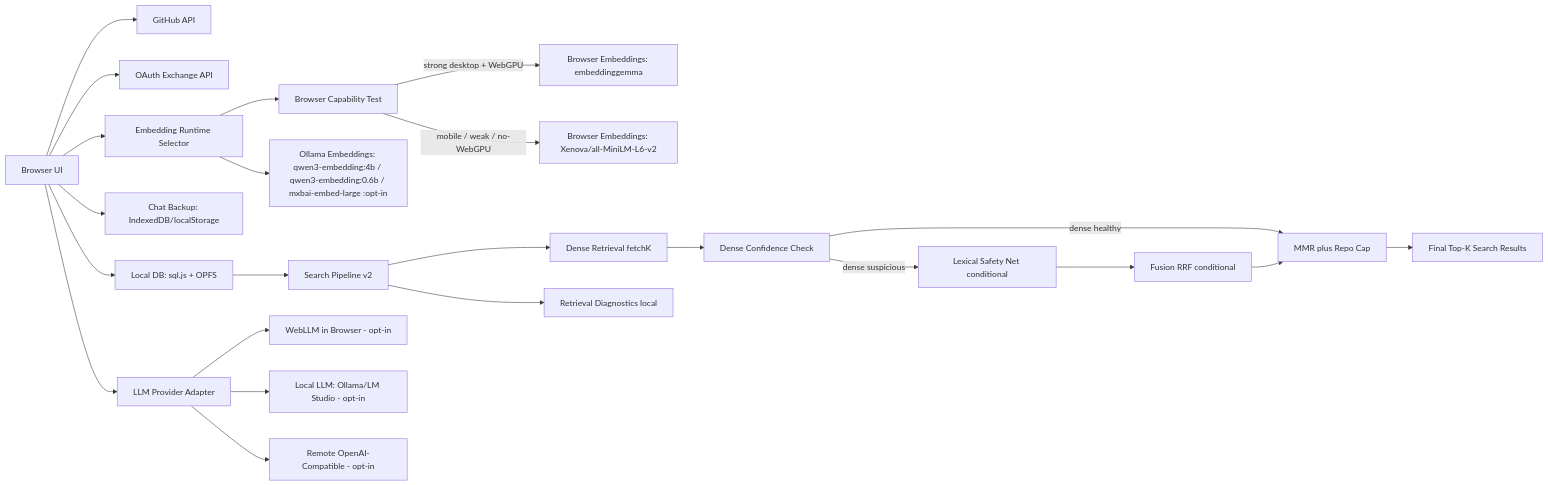
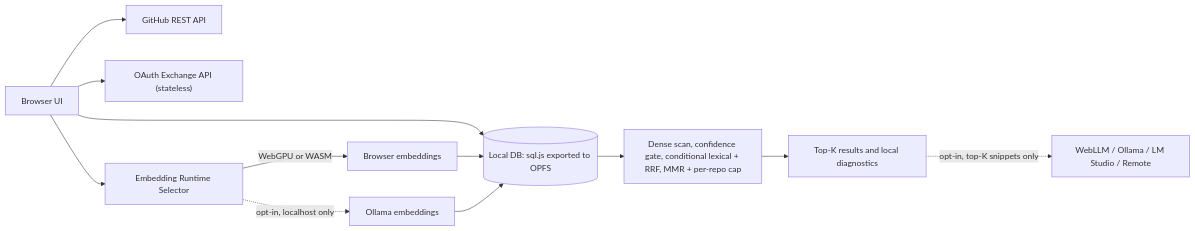
One commit to Abhinandan-Khurana/GitStarRecall changed the diagram in README.md. Above: the diagram before and after it, drawn with Mermaid. The commit also changed other lines of this file and 13 other files, not shown here.

````diff
--- a/README.md
+++ b/README.md
@@ -137,25 +107,14 @@
 ```mermaid
 flowchart LR
-    A[Browser UI] --> B[GitHub API]
-    A --> X[OAuth Exchange API]
-    A --> C[Local DB: sql.js + OPFS]
-    A --> C2[Chat Backup: IndexedDB/localStorage]
-    A --> D[Embedding Runtime Selector]
-    D --> D1[Browser Capability Test]
-    D1 -->|strong desktop + WebGPU| E[Browser Embeddings: embeddinggemma]
-    D1 -->|mobile / weak / no-WebGPU| E2[Browser Embeddings: Xenova/all-MiniLM-L6-v2]
-    D --> G[Ollama Embeddings: qwen3-embedding:4b / qwen3-embedding:0.6b / mxbai-embed-large :opt-in]
-    C --> Q[Search Pipeline v2]
-    Q --> Q1[Dense Retrieval fetchK]
-    Q1 --> Q2[Dense Confidence Check]
-    Q2 -->|dense suspicious| Q3[Lexical Safety Net conditional]
-    Q2 -->|dense healthy| Q5[MMR plus Repo Cap]
-    Q3 --> Q4[Fusion RRF conditional]
-    Q4 --> Q5[MMR plus Repo Cap]
-    Q5 --> S[Final Top-K Search Results]
-    Q --> M[Retrieval Diagnostics local]
-    A --> F[LLM Provider Adapter]
-    F --> W[WebLLM in Browser - opt-in]
-    F --> L[Local LLM: Ollama/LM Studio - opt-in]
-    F --> R[Remote OpenAI-Compatible - opt-in]
+    UI[Browser UI] --> GH[GitHub REST API]
+    UI --> EX["OAuth Exchange API (stateless)"]
+    UI --> DB[("Local DB: sql.js exported to OPFS")]
+    UI --> EMB[Embedding Runtime Selector]
+    EMB -->|WebGPU or WASM| BR[Browser embeddings]
+    EMB -.->|opt-in, localhost only| OL[Ollama embeddings]
+    BR --> DB
+    OL --> DB
+    DB --> SE["Dense scan, confidence gate, conditional lexical + RRF, MMR + per-repo cap"]
+    SE --> TK[Top-K results and local diagnostics]
+    TK -.->|opt-in, top-K snippets only| LLM[WebLLM / Ollama / LM Studio / Remote]
 ```
````
